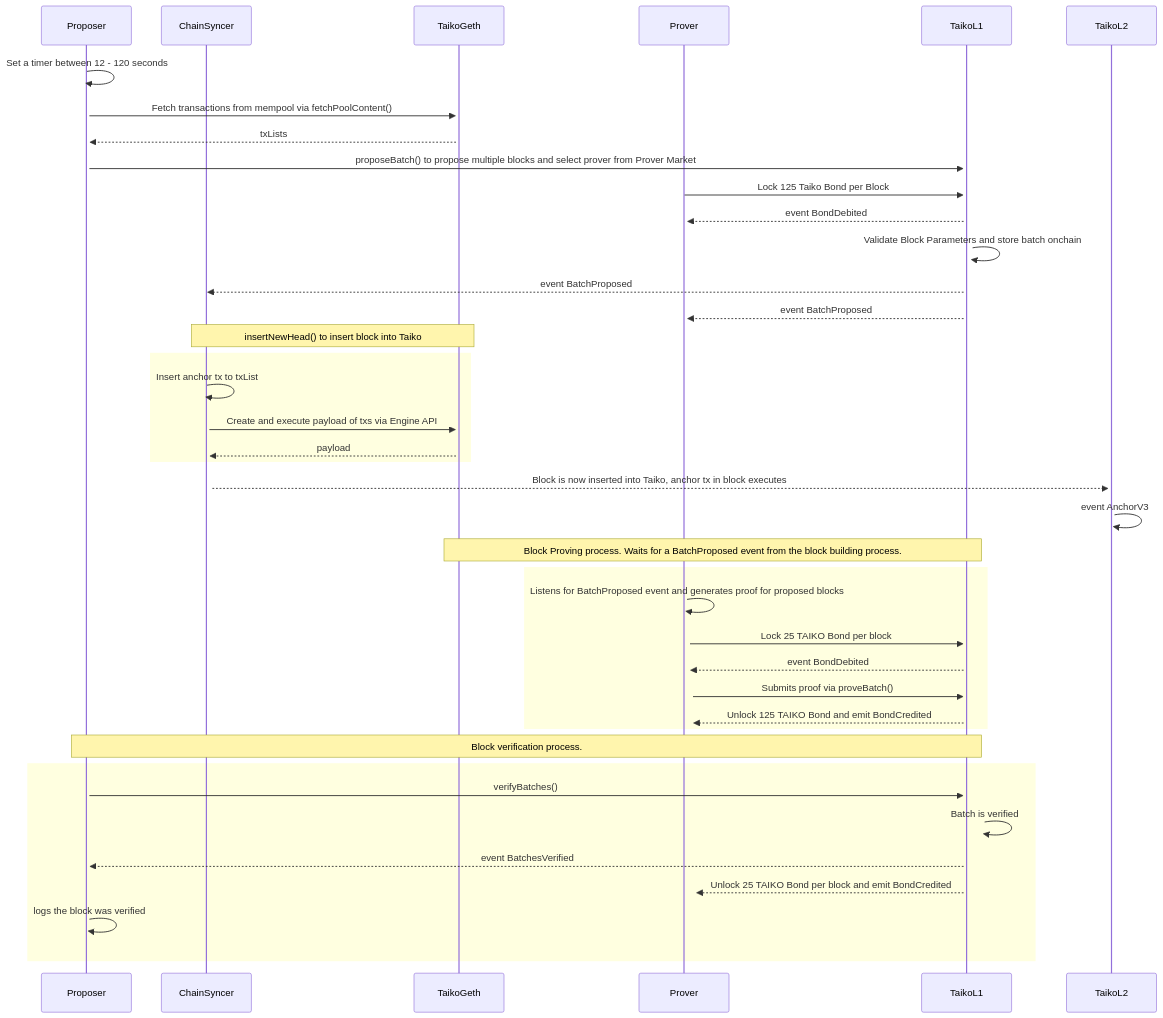
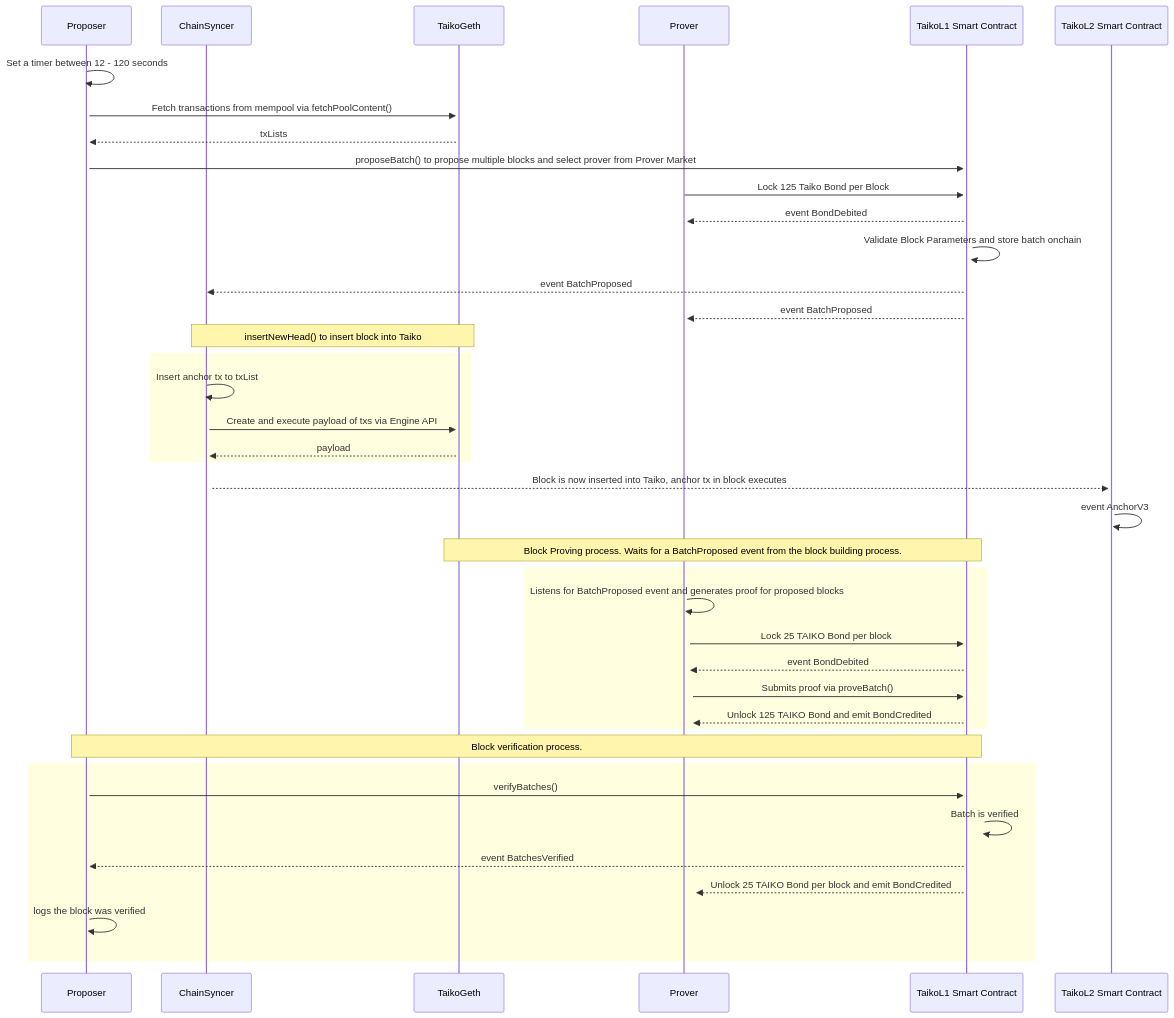
The diagram in diagram.MD (fahimahmedx/taiko-block-building), drawn with Mermaid before and after one commit.

Commit message:
readability

````diff
--- a/diagram.MD
+++ b/diagram.MD
@@ -1,44 +1,44 @@
 ```mermaid
 sequenceDiagram
 participant Proposer
 participant ChainSyncer
 participant TaikoGeth
 participant Prover
-participant TaikoL1
-participant TaikoL2
+participant TaikoL1 Smart Contract
+participant TaikoL2 Smart Contract
 
 
 Proposer->>+Proposer: Set a timer between 12 - 120 seconds
 Proposer->>+TaikoGeth: Fetch transactions from mempool via fetchPoolContent()
 TaikoGeth-->>Proposer: txLists
-Proposer->>+TaikoL1: proposeBatch() to propose multiple blocks and select prover from Prover Market
-Prover->>+TaikoL1: Lock 125 Taiko Bond per Block
-TaikoL1-->>+Prover: event BondDebited
-TaikoL1->>+TaikoL1: Validate Block Parameters and store batch onchain
-TaikoL1-->>ChainSyncer: event BatchProposed
-TaikoL1-->>Prover: event BatchProposed
+Proposer->>+TaikoL1 Smart Contract: proposeBatch() to propose multiple blocks and select prover from Prover Market
+Prover->>+TaikoL1 Smart Contract: Lock 125 Taiko Bond per Block
+TaikoL1 Smart Contract-->>+Prover: event BondDebited
+TaikoL1 Smart Contract->>+TaikoL1 Smart Contract: Validate Block Parameters and store batch onchain
+TaikoL1 Smart Contract-->>ChainSyncer: event BatchProposed
+TaikoL1 Smart Contract-->>Prover: event BatchProposed
 note over ChainSyncer,TaikoGeth: insertNewHead() to insert block into Taiko
 rect LightYellow
 ChainSyncer->>+ChainSyncer: Insert anchor tx to txList
 ChainSyncer->>+TaikoGeth: Create and execute payload of txs via Engine API
 TaikoGeth-->>+ChainSyncer: payload
 end
-ChainSyncer-->>+TaikoL2: Block is now inserted into Taiko, anchor tx in block executes
-TaikoL2->>+TaikoL2: event AnchorV3
-note over TaikoGeth,TaikoL1: Block Proving process. Waits for a BatchProposed event from the block building process.
+ChainSyncer-->>+TaikoL2 Smart Contract: Block is now inserted into Taiko, anchor tx in block executes
+TaikoL2 Smart Contract->>+TaikoL2 Smart Contract: event AnchorV3
+note over TaikoGeth,TaikoL1 Smart Contract: Block Proving process. Waits for a BatchProposed event from the block building process.
 rect LightYellow
 Prover->>+Prover: Listens for BatchProposed event and generates proof for proposed blocks
-Prover->>+TaikoL1: Lock 25 TAIKO Bond per block
-TaikoL1-->>+Prover: event BondDebited
-Prover->>+TaikoL1: Submits proof via proveBatch()
-TaikoL1-->>+Prover: Unlock 125 TAIKO Bond and emit BondCredited
+Prover->>+TaikoL1 Smart Contract: Lock 25 TAIKO Bond per block
+TaikoL1 Smart Contract-->>+Prover: event BondDebited
+Prover->>+TaikoL1 Smart Contract: Submits proof via proveBatch()
+TaikoL1 Smart Contract-->>+Prover: Unlock 125 TAIKO Bond and emit BondCredited
 end
-note over Proposer,TaikoL1: Block verification process.
+note over Proposer,TaikoL1 Smart Contract: Block verification process.
 rect LightYellow
-Proposer->>+TaikoL1: verifyBatches()
-TaikoL1->>+TaikoL1: Batch is verified
-TaikoL1-->>Proposer: event BatchesVerified
-TaikoL1-->>+Prover: Unlock 25 TAIKO Bond per block and emit BondCredited
+Proposer->>+TaikoL1 Smart Contract: verifyBatches()
+TaikoL1 Smart Contract->>+TaikoL1 Smart Contract: Batch is verified
+TaikoL1 Smart Contract-->>Proposer: event BatchesVerified
+TaikoL1 Smart Contract-->>+Prover: Unlock 25 TAIKO Bond per block and emit BondCredited
 Proposer->>+Proposer: logs the block was verified
 end
 ```
````
